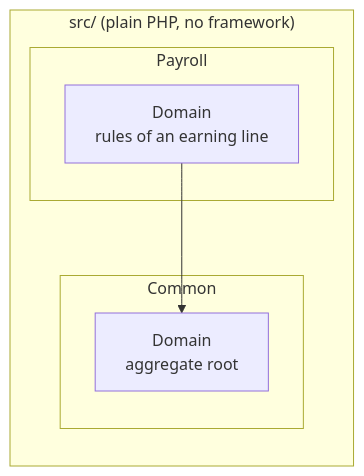
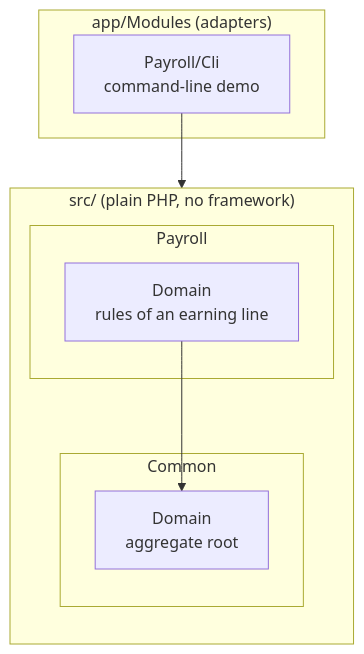
One commit to ddmytruk/line changed the diagram in docs/architecture.md. Above: the diagram before and after it, drawn with Mermaid. The commit also changed other lines of this file and 16 other files, not shown here.

First line of the commit message:
feat(payroll): command-line demo and release 1.0.0

````diff
--- a/docs/architecture.md
+++ b/docs/architecture.md
@@ -7,13 +7,17 @@
 ```mermaid
 flowchart TB
     subgraph src["src/ (plain PHP, no framework)"]
         direction TB
         subgraph payroll["Payroll"]
             pd["Domain<br/>rules of an earning line"]
         end
         subgraph common["Common"]
             cd["Domain<br/>aggregate root"]
         end
     end
+    subgraph app["app/Modules (adapters)"]
+        cli["Payroll/Cli<br/>command-line demo"]
+    end
+    cli --> pd
     pd --> cd
 ```
````
